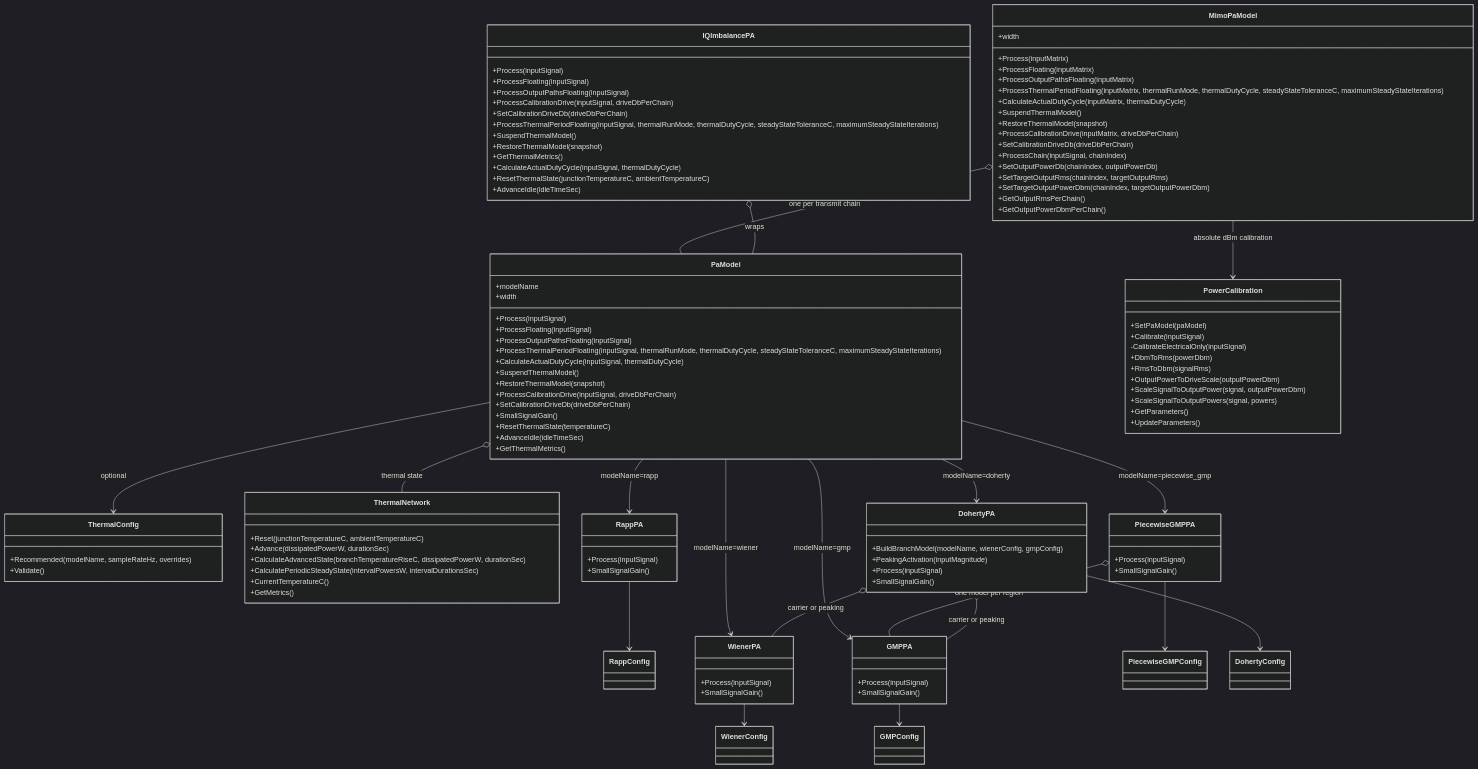
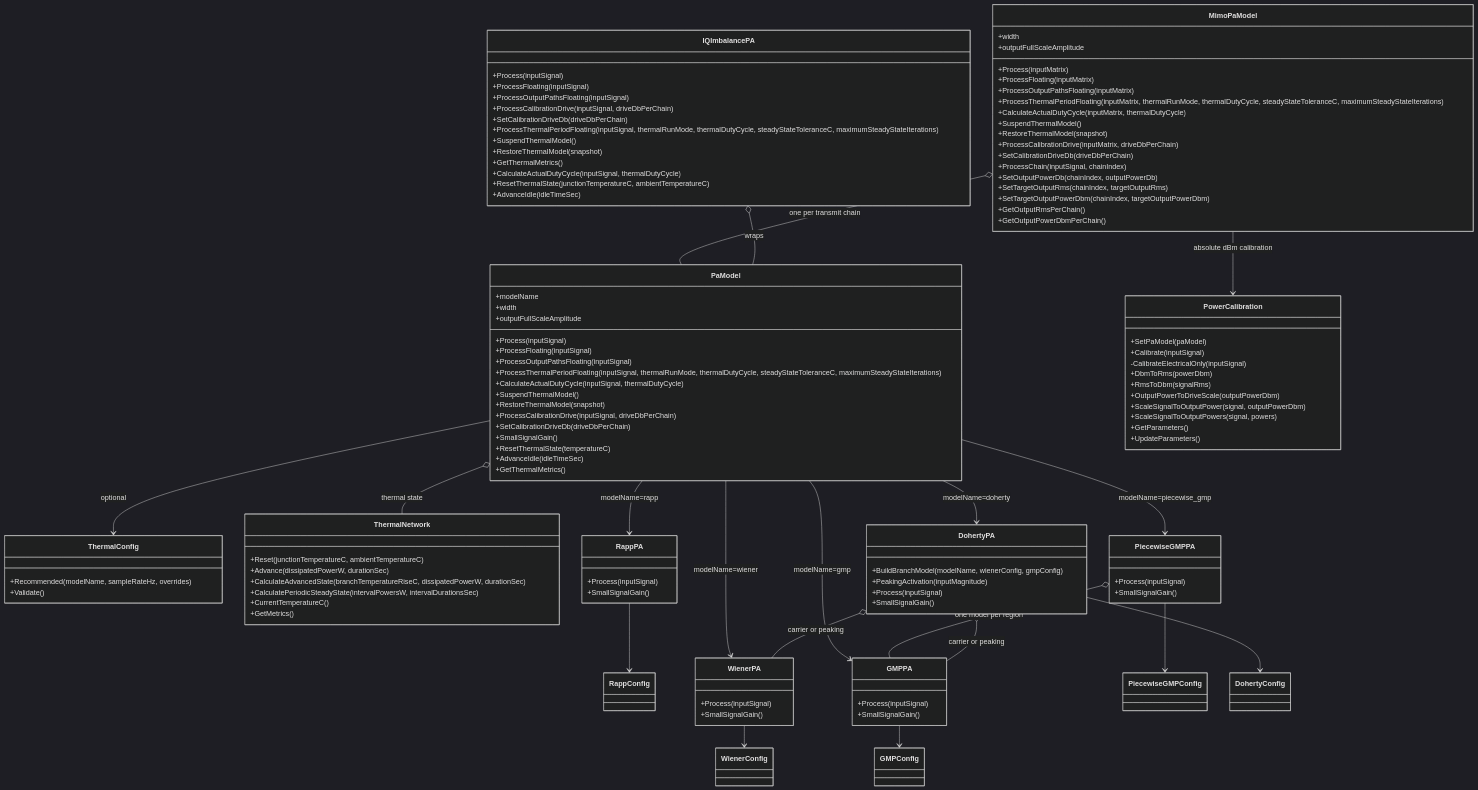
Before and after one commit to niyilu45/DPD_ILC: the seventh of 10 diagrams in doc/PaModel.md, drawn with Mermaid (dark theme). The commit also changed other lines of this file and 45 other files, not shown here.

```diff
--- a/doc/PaModel.md
+++ b/doc/PaModel.md
@@ -1778,6 +1786,7 @@
     class PaModel {
         +modelName
         +width
+        +outputFullScaleAmplitude
         +Process(inputSignal)
         +ProcessFloating(inputSignal)
         +ProcessOutputPathsFloating(inputSignal)
@@ -1859,6 +1868,7 @@
     }
     class MimoPaModel {
         +width
+        +outputFullScaleAmplitude
         +Process(inputMatrix)
         +ProcessFloating(inputMatrix)
         +ProcessOutputPathsFloating(inputMatrix)
```
